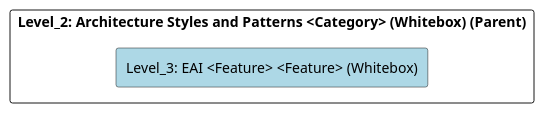
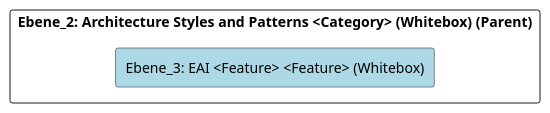
The diagram in doc/cleonproject_deliverables_architecture_model_architecture/adoc/de/05_bausteinsicht/cleon/architecture_styles_and_patterns/eai/ebene_3_eai.adoc (marcozwyssig/cleon), drawn with PlantUML before and after one commit. The commit also changed other lines of this file and 214 other files, not shown here.

```diff
--- a/doc/cleonproject_deliverables_architecture_model_architecture/adoc/de/05_bausteinsicht/cleon/architecture_styles_and_patterns/eai/ebene_3_eai.adoc
+++ b/doc/cleonproject_deliverables_architecture_model_architecture/adoc/de/05_bausteinsicht/cleon/architecture_styles_and_patterns/eai/ebene_3_eai.adoc
@@ -20,24 +20,24 @@
-[plantuml, Level_3: EAI <Feature> <Feature> (Whitebox)BlockOverview, format="svg"]
+[plantuml, Ebene_3: EAI <Feature> <Feature> (Whitebox)BlockOverview, format="svg"]
 ----
-@startuml Level_3: EAI <Feature> <Feature> (Whitebox)BuildingBlockOverview
+@startuml Ebene_3: EAI <Feature> <Feature> (Whitebox)BuildingBlockOverview
 
 skinparam ranksep 10
 skinparam componentStyle rectangle
 skinparam shadowing false
 skinparam arrowColor lightblue
 skinparam arrowThickness 1.2
 skinparam rectangle {
   BackgroundColor White
   BorderColor #333
   RoundCorner 10
 }
 top to bottom direction
 
-component "Level_2: Architecture Styles and Patterns <Category> (Whitebox) (Parent)" {
-    component "Level_3: EAI <Feature> <Feature> (Whitebox)" #lightblue {
+component "Ebene_2: Architecture Styles and Patterns <Category> (Whitebox) (Parent)" {
+    component "Ebene_3: EAI <Feature> <Feature> (Whitebox)" #lightblue {
     }
 
 }
 
 @enduml
 ----
```
